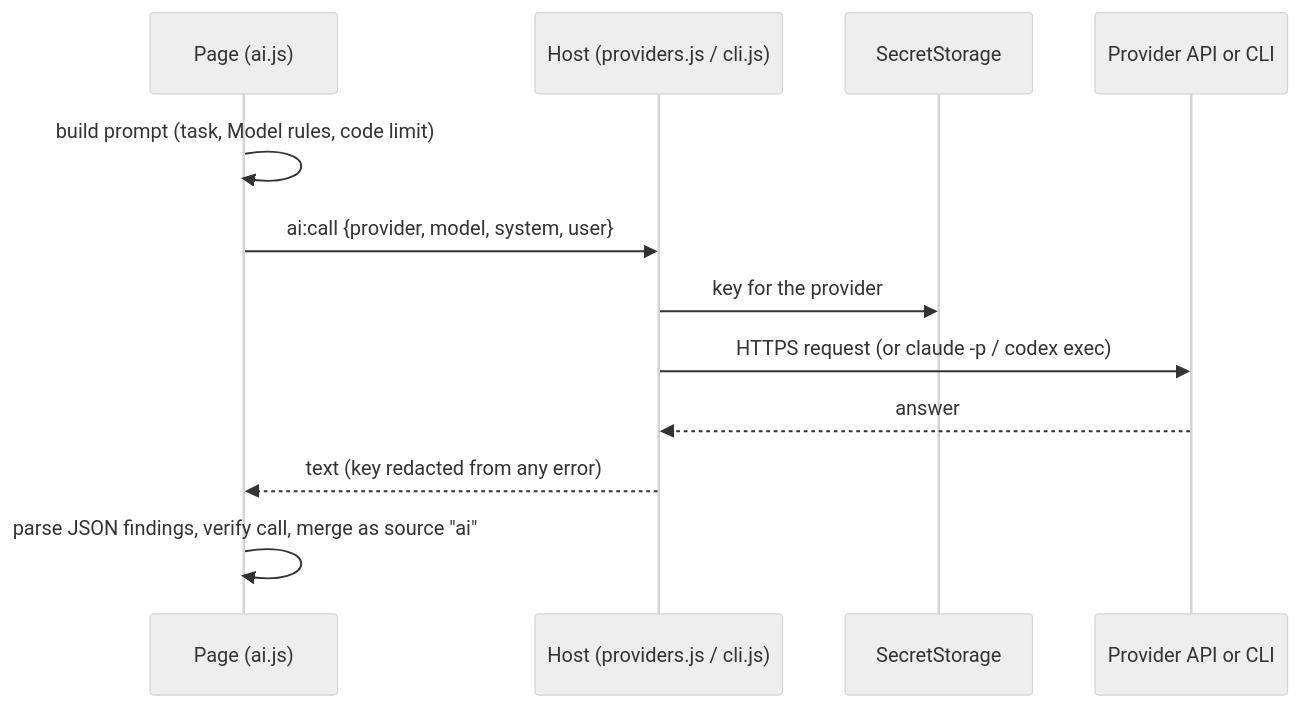
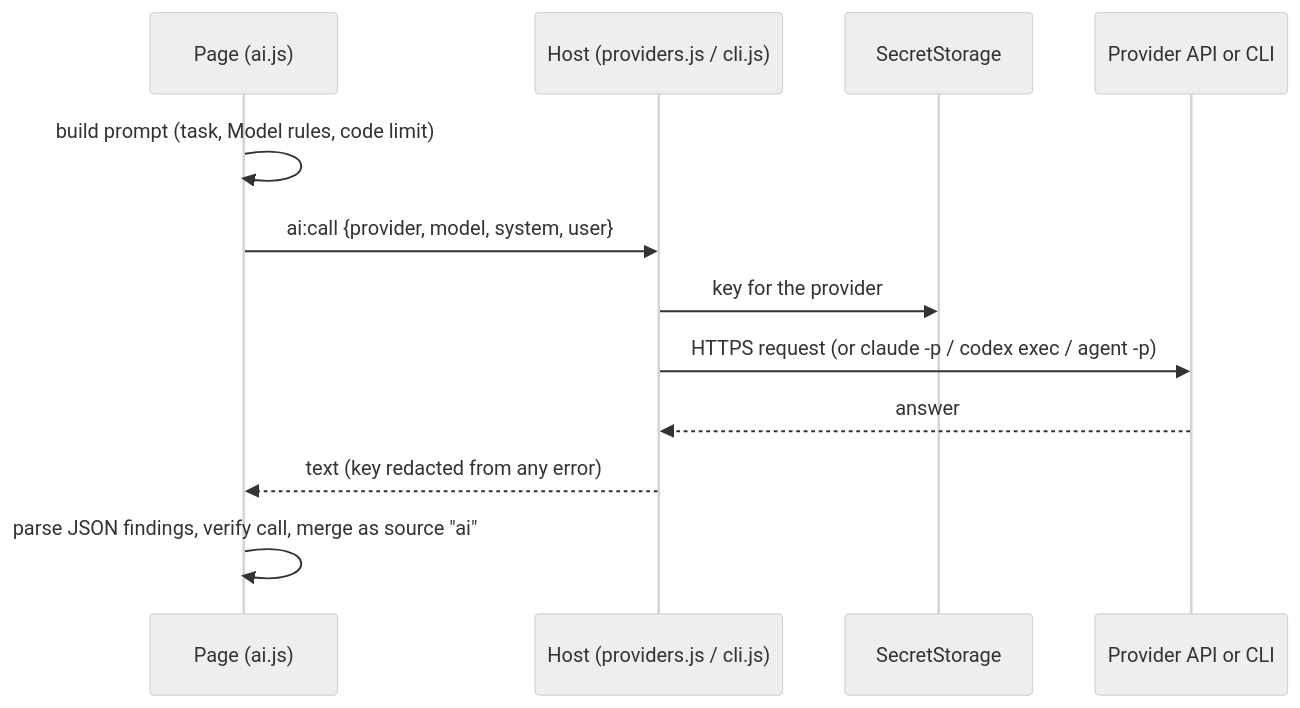
Before and after one commit to nikolaylosev/sessionlens-vscode: the tenth of 13 diagrams in docs/ARCHITECTURE.md, drawn with Mermaid (neutral theme). The commit also changed other lines of this file and 24 other files, not shown here.

````diff
--- a/docs/ARCHITECTURE.md
+++ b/docs/ARCHITECTURE.md
@@ -492,14 +493,14 @@
 ```mermaid
 sequenceDiagram
   participant P as Page (ai.js)
   participant H as Host (providers.js / cli.js)
   participant K as SecretStorage
   participant M as Provider API or CLI
   P->>P: build prompt (task, Model rules, code limit)
   P->>H: ai:call {provider, model, system, user}
   H->>K: key for the provider
-  H->>M: HTTPS request (or claude -p / codex exec)
+  H->>M: HTTPS request (or claude -p / codex exec / agent -p)
   M-->>H: answer
   H-->>P: text (key redacted from any error)
   P->>P: parse JSON findings, verify call, merge as source "ai"
 ```
````
